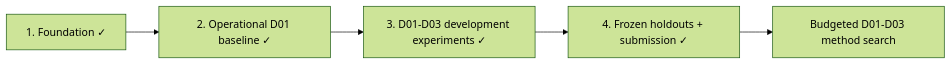
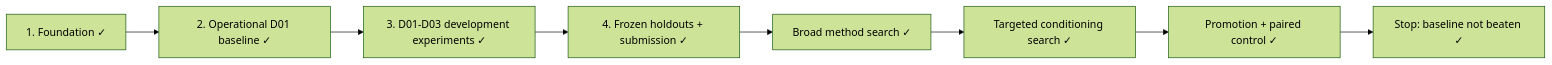
One commit to komaksym/weon-assignment changed the diagram in PLANS.md. Above: the diagram before and after it, drawn with Mermaid (forest theme). The commit also changed other lines of this file, not shown here.

````diff
--- a/PLANS.md
+++ b/PLANS.md
@@ -5,7 +5,10 @@
 ```mermaid
 flowchart LR
     S1[1. Foundation ✓] --> S2[2. Operational D01 baseline ✓]
     S2 --> S3[3. D01-D03 development experiments ✓]
     S3 --> S4[4. Frozen holdouts + submission ✓]
-    S4 --> E[Budgeted D01-D03 method search]
+    S4 --> B[Broad method search ✓]
+    B --> T[Targeted conditioning search ✓]
+    T --> P[Promotion + paired control ✓]
+    P --> D[Stop: baseline not beaten ✓]
 ```
````
